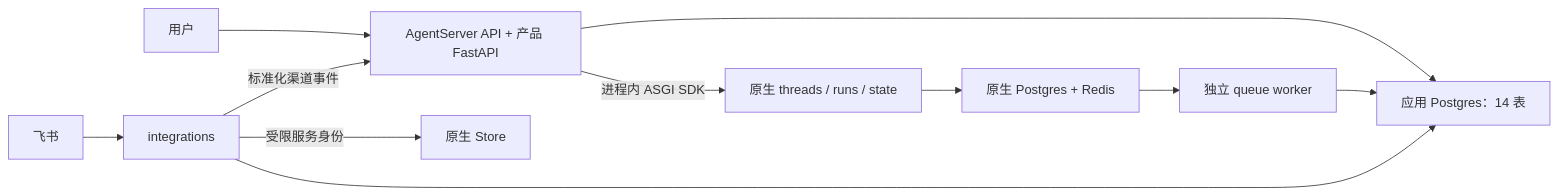
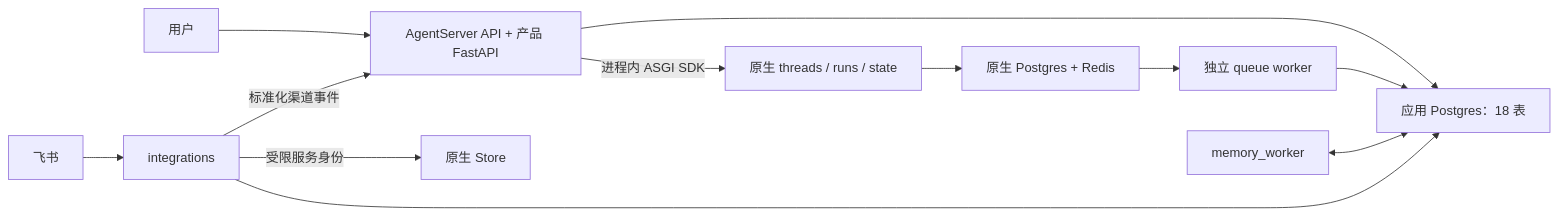
Before and after one commit to westbrook0904/FinanceClaw: the diagram in .redesign/00-最终架构设计.md, drawn with Mermaid. The commit also changed other lines of this file and 158 other files, not shown here.

````diff
--- a/.redesign/00-最终架构设计.md
+++ b/.redesign/00-最终架构设计.md
@@ -41,13 +49,14 @@
 ```mermaid
 flowchart LR
   User[用户] --> API[AgentServer API + 产品 FastAPI]
   Feishu[飞书] --> Integrations[integrations]
   Integrations -->|标准化渠道事件| API
   API -->|进程内 ASGI SDK| Native[原生 threads / runs / state]
   Native --> Queue[原生 Postgres + Redis]
   Queue --> Worker[独立 queue worker]
-  API --> AppDB[应用 Postgres：14 表]
+  API --> AppDB[应用 Postgres：18 表]
   Worker --> AppDB
+  MemoryWorker[memory_worker] <--> AppDB
   Integrations --> AppDB
   Integrations -->|受限服务身份| Store[原生 Store]
 ```
````
